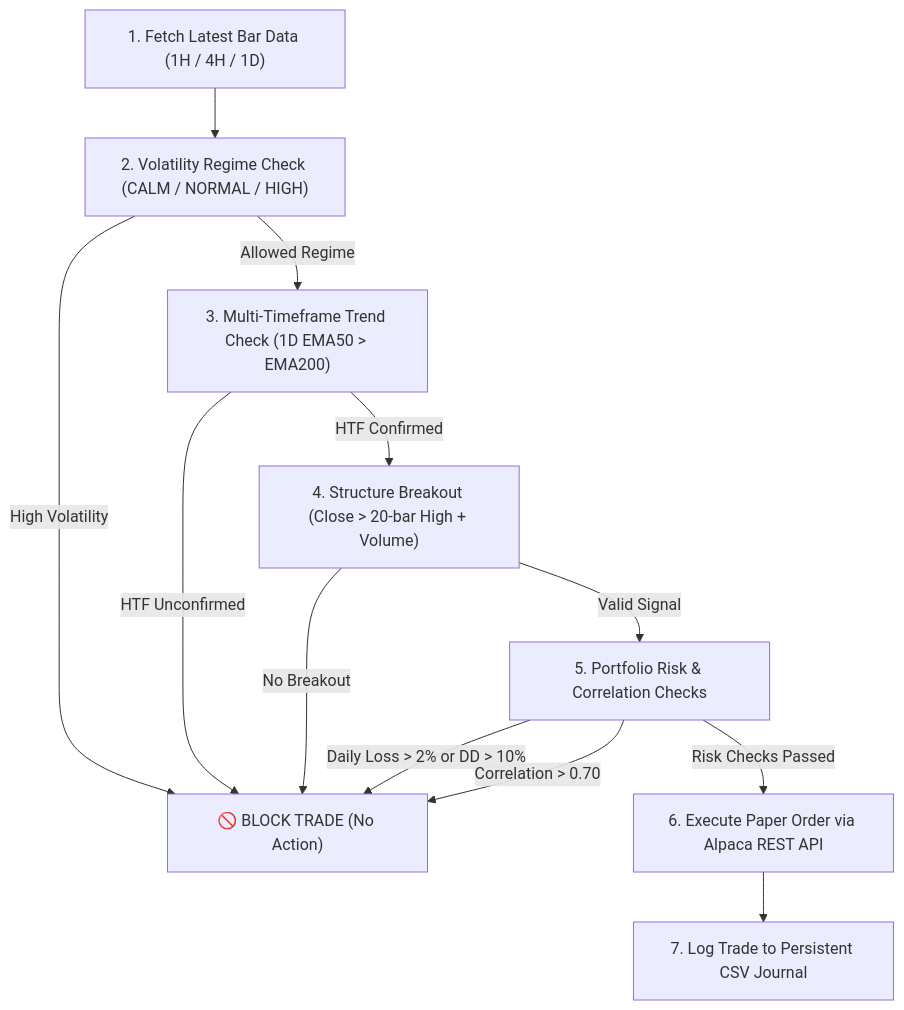
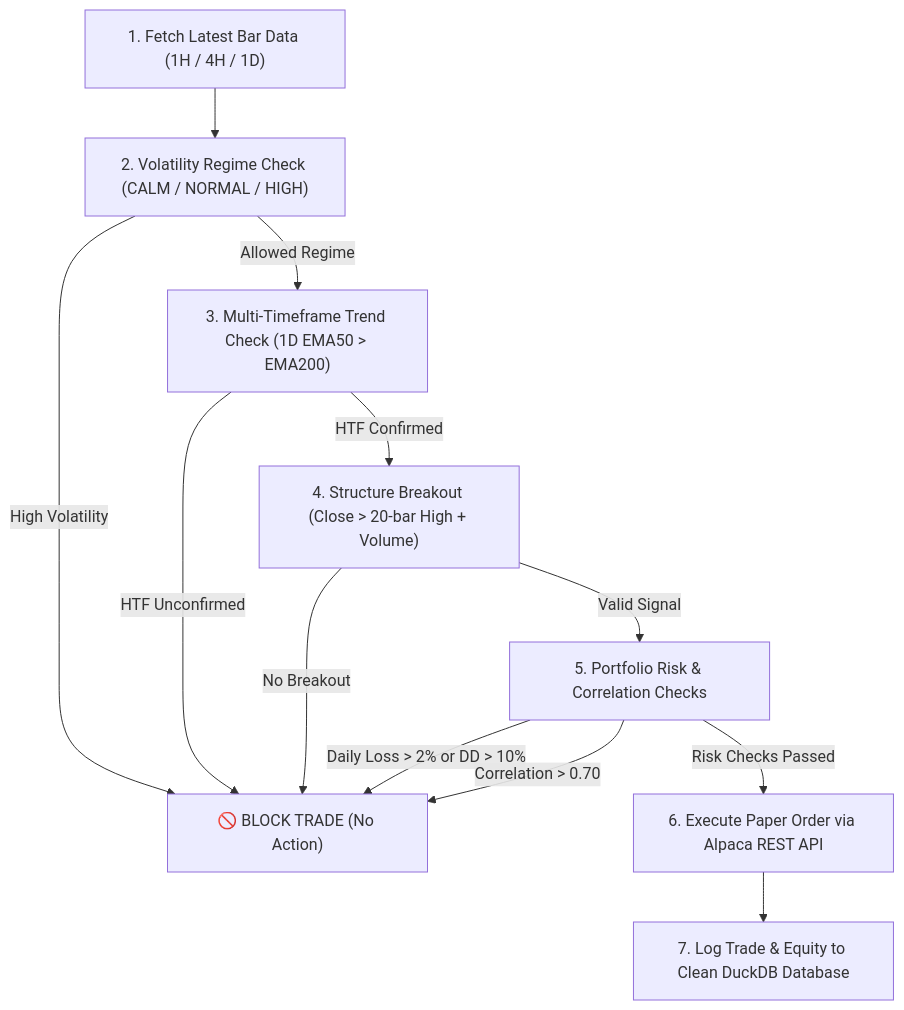
The diagram in README.md (Harshak76/BTC_ML_System), drawn with Mermaid before and after one commit. The commit also changed other lines of this file and 16 other files, not shown here.

````diff
--- a/README.md
+++ b/README.md
@@ -61,18 +62,18 @@
 ```mermaid
 flowchart TD
     Start["1. Fetch Latest Bar Data (1H / 4H / 1D)"] --> VolRegime["2. Volatility Regime Check (CALM / NORMAL / HIGH)"]
     
     VolRegime -->|High Volatility| Block["🚫 BLOCK TRADE (No Action)"]
     VolRegime -->|Allowed Regime| MTFCheck["3. Multi-Timeframe Trend Check (1D EMA50 > EMA200)"]
     
     MTFCheck -->|HTF Unconfirmed| Block
     MTFCheck -->|HTF Confirmed| StructBreak["4. Structure Breakout (Close > 20-bar High + Volume)"]
     
     StructBreak -->|No Breakout| Block
     StructBreak -->|Valid Signal| RiskEngine["5. Portfolio Risk & Correlation Checks"]
     
     RiskEngine -->|Daily Loss > 2% or DD > 10%| Block
     RiskEngine -->|Correlation > 0.70| Block
     RiskEngine -->|Risk Checks Passed| OrderExec["6. Execute Paper Order via Alpaca REST API"]
-    OrderExec --> Journal["7. Log Trade to Persistent CSV Journal"]
+    OrderExec --> Journal["7. Log Trade & Equity to Clean DuckDB Database"]
 ```
````
